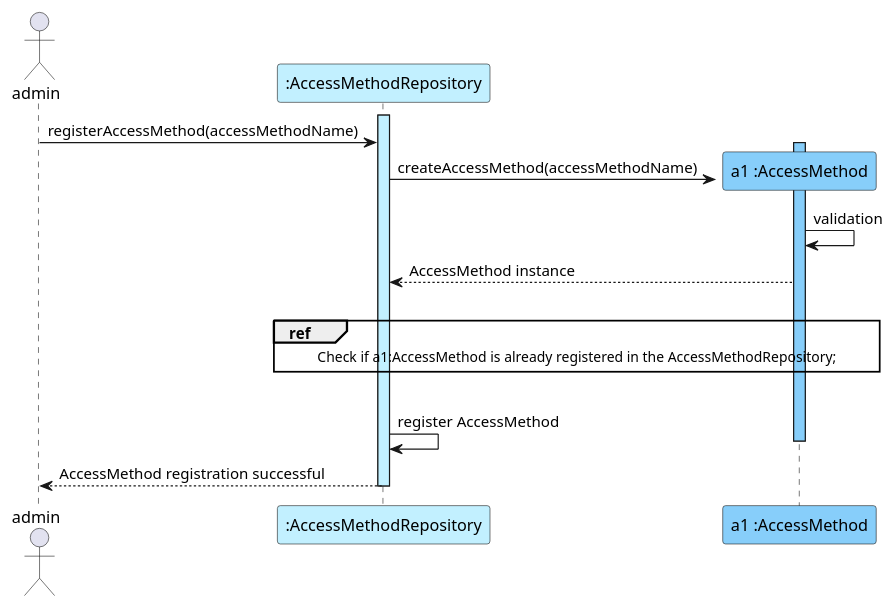
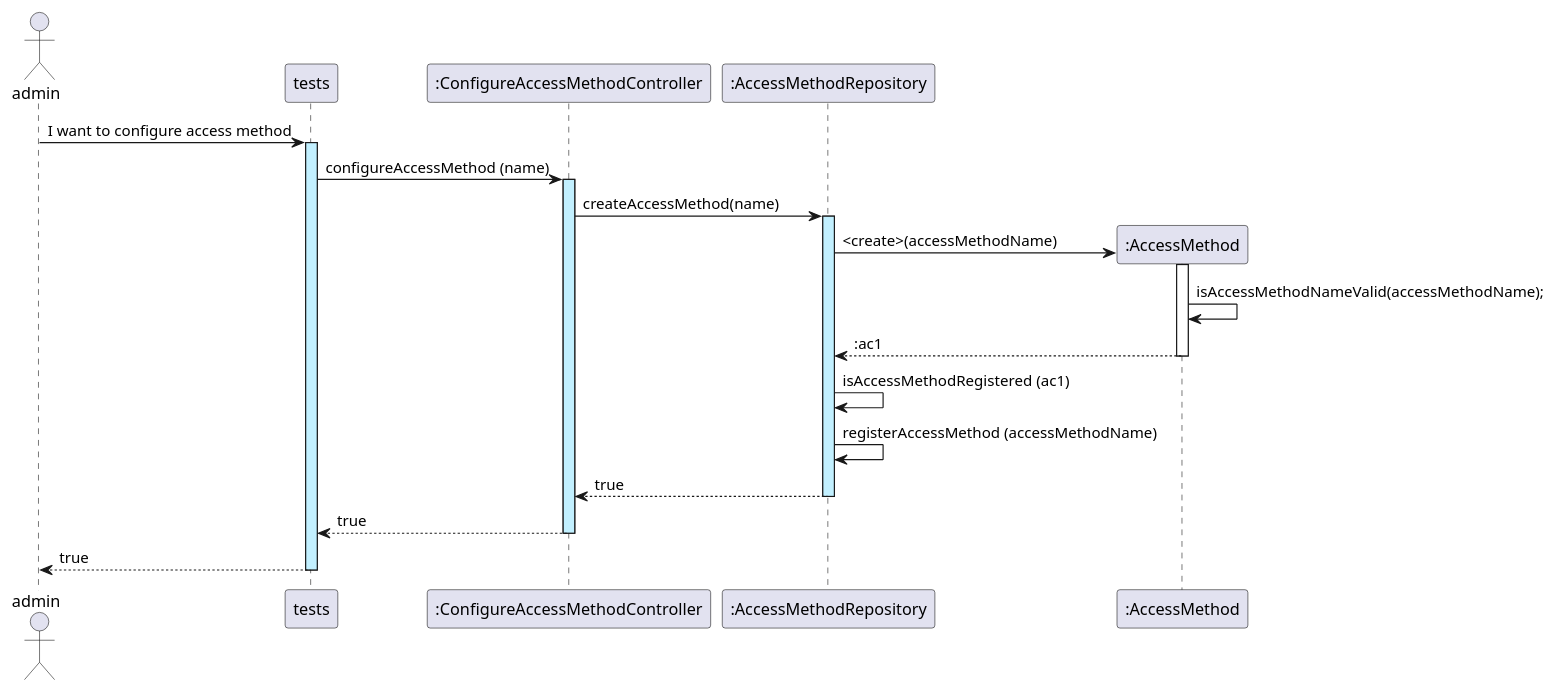
One commit to GasparISEP/DevOps-PAI changed the diagram in docs/sequenceSystemDiagrams/Sprint_1/US02_ConfigureAccessMethodsInSystem.puml. Above: the diagram before and after it, drawn with PlantUML.

Commit message:
Updated US02 with controller

```diff
--- a/docs/sequenceSystemDiagrams/Sprint_1/US02_ConfigureAccessMethodsInSystem.puml
+++ b/docs/sequenceSystemDiagrams/Sprint_1/US02_ConfigureAccessMethodsInSystem.puml
@@ -1,22 +1,22 @@
 @startuml
 actor admin
-participant ":AccessMethodRepository" as AccessMethodRepository #application
 
-activate AccessMethodRepository #application
-admin -> AccessMethodRepository : registerAccessMethod(accessMethodName)
+admin -> tests ++ #application : I want to configure access method
 
-create "a1 :AccessMethod" as AccessMethod #lightskyblue
-activate AccessMethod #lightskyblue
-AccessMethodRepository -> AccessMethod : createAccessMethod(accessMethodName)
-AccessMethod -> AccessMethod : validation
-AccessMethod --> AccessMethodRepository :AccessMethod instance
-|||
-ref over AccessMethod, AccessMethodRepository
-    Check if a1:AccessMethod is already registered in the AccessMethodRepository;
-end ref
-|||
-AccessMethodRepository -> AccessMethodRepository: register AccessMethod
-deactivate AccessMethod #lightskyblue
-AccessMethodRepository --> admin: AccessMethod registration successful
-deactivate AccessMethodRepository #application
+tests -> ":ConfigureAccessMethodController" as ConfigureAccessMethodController ++ #application : configureAccessMethod (name)
+
+ConfigureAccessMethodController -> ":AccessMethodRepository" as AccessMethodRepository ++ #application : createAccessMethod(name)
+
+create ":AccessMethod" as AccessMethod
+AccessMethodRepository -> AccessMethod ++  : <create>(accessMethodName)
+AccessMethod -> AccessMethod : isAccessMethodNameValid(accessMethodName);
+
+AccessMethod --> AccessMethodRepository -- : :ac1
+AccessMethodRepository -> AccessMethodRepository : isAccessMethodRegistered (ac1)
+AccessMethodRepository -> AccessMethodRepository : registerAccessMethod (accessMethodName)
+
+AccessMethodRepository --> ConfigureAccessMethodController --: true
+
+ConfigureAccessMethodController --> tests --: true
+tests --> admin --: true
 @enduml
```
